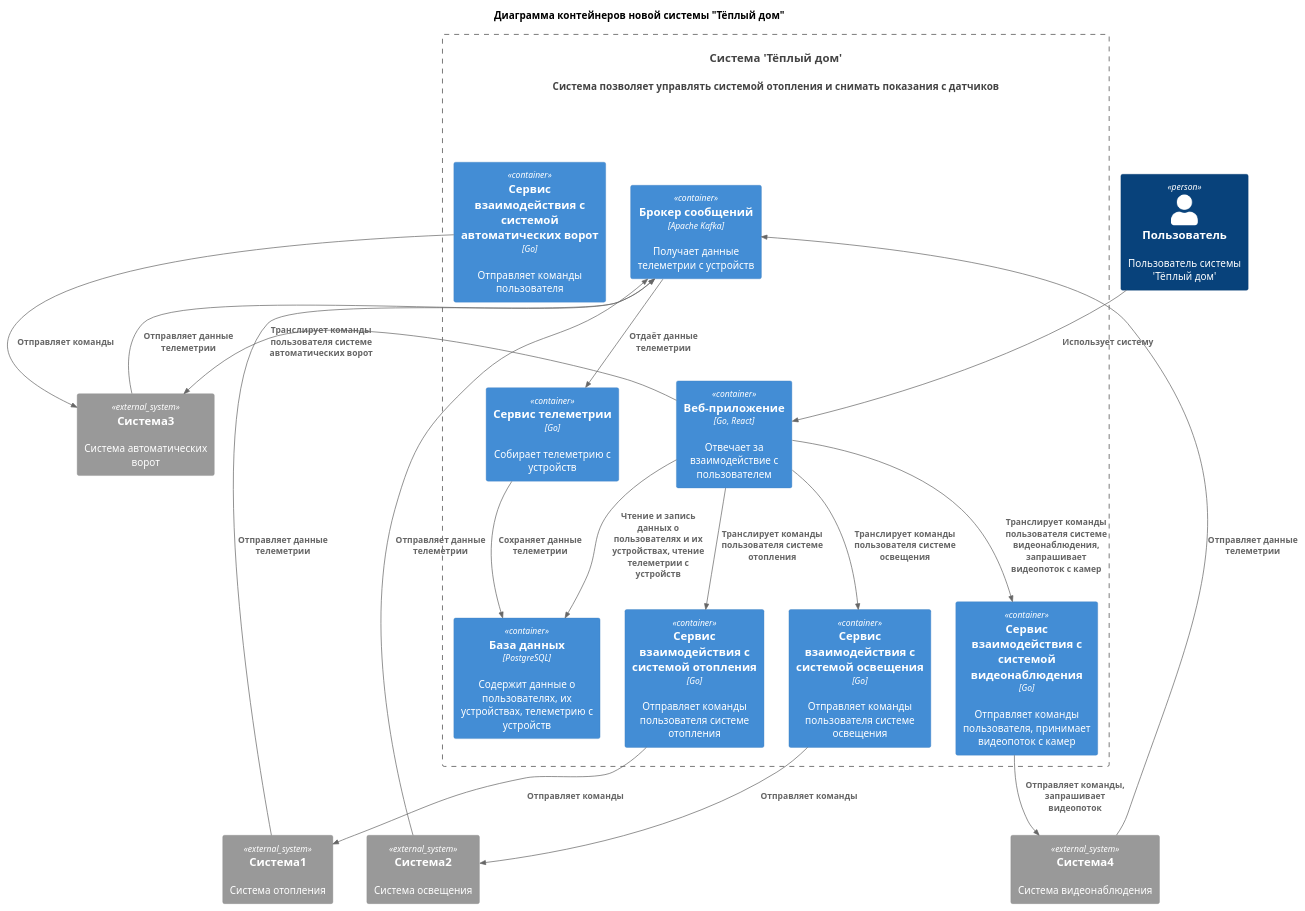
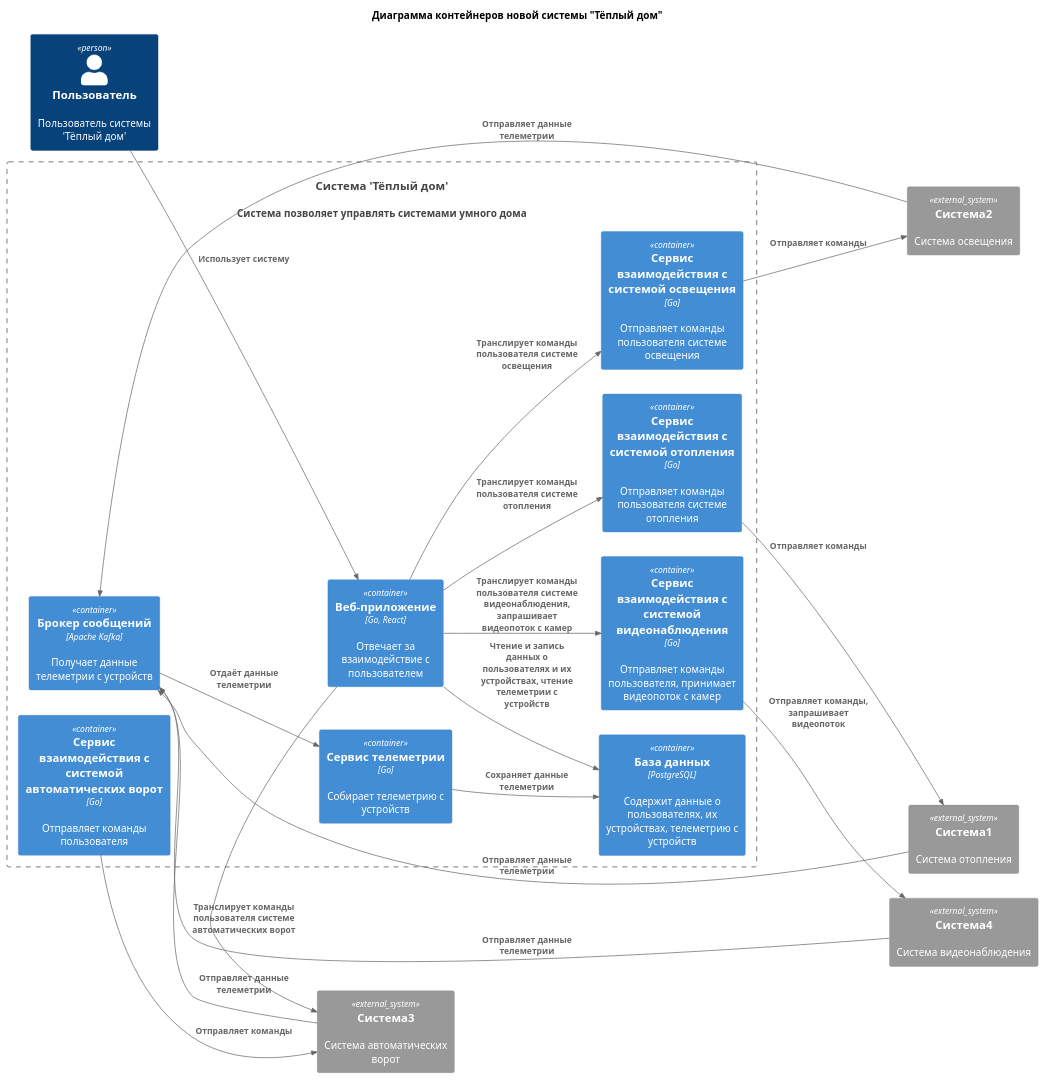
One commit to hammer-for-you/architecture-warmhouse changed the diagram in с4/new-system-containers.puml. Above: the diagram before and after it, drawn with PlantUML.

Commit message:
Задание 2. Диаграмма контейнеров. Небольшие правки.

```diff
--- a/с4/new-system-containers.puml
+++ b/с4/new-system-containers.puml
@@ -1,45 +1,45 @@
 @startuml
 
 title Диаграмма контейнеров новой системы "Тёплый дом"
 
-' top to bottom direction
+left to right direction
 
 !includeurl https://raw.githubusercontent.com/RicardoNiepel/C4-PlantUML/master/C4_Component.puml
 
 Person(user, "Пользователь", "Пользователь системы 'Тёплый дом'")
-System(warmhouseSystem, "Система 'Тёплый дом'", "Система позволяет управлять системой отопления и снимать показания с датчиков")
+System(warmhouseSystem, "Система 'Тёплый дом'", "Система позволяет управлять системами умного дома")
 
 Container_Boundary(warmhouseSystem, "Система 'Тёплый дом'") {
     Container(webapp, "Веб-приложение", "Go, React", "Отвечает за взаимодействие с пользователем")
     Container(telemetryService, "Сервис телеметрии", "Go", "Собирает телеметрию с устройств")
     Container(heatingSystemService, "Сервис взаимодействия с системой отопления", "Go", "Отправляет команды пользователя системе отопления")
     Container(lightSystemService, "Сервис взаимодействия с системой освещения", "Go", "Отправляет команды пользователя системе освещения")
     Container(gateSystemService, "Сервис взаимодействия с системой автоматических ворот", "Go", "Отправляет команды пользователя")
     Container(videoSystemService, "Сервис взаимодействия с системой видеонаблюдения", "Go", "Отправляет команды пользователя, принимает видеопоток с камер")
     Container(messageBroker, "Брокер сообщений", "Apache Kafka", "Получает данные телеметрии с устройств")
     Container(db, "База данных", "PostgreSQL", "Содержит данные о пользователях, их устройствах, телеметрию с устройств")
 }
 
 System_Ext(heatingSystem, "Система1", "Система отопления")
 System_Ext(lightSystem, "Система2", "Система освещения")
 System_Ext(gateSystem, "Система3", "Система автоматических ворот")
 System_Ext(videoSystem, "Система4", "Система видеонаблюдения")
 
 Rel(user, webapp, "Использует систему")
 Rel(webapp, db, "Чтение и запись данных о пользователях и их устройствах, чтение телеметрии с устройств")
 Rel(telemetryService, db, "Сохраняет данные телеметрии")
 Rel(messageBroker, telemetryService, "Отдаёт данные телеметрии")
 Rel(heatingSystem, messageBroker, "Отправляет данные телеметрии")
 Rel(lightSystem, messageBroker, "Отправляет данные телеметрии")
 Rel(gateSystem, messageBroker, "Отправляет данные телеметрии")
 Rel(videoSystem, messageBroker, "Отправляет данные телеметрии")
 Rel(heatingSystemService, heatingSystem, "Отправляет команды")
 Rel(lightSystemService, lightSystem, "Отправляет команды")
 Rel(gateSystemService, gateSystem, "Отправляет команды")
 Rel(videoSystemService, videoSystem, "Отправляет команды, запрашивает видеопоток")
 Rel(webapp, heatingSystemService, "Транслирует команды пользователя системе отопления")
 Rel(webapp, lightSystemService, "Транслирует команды пользователя системе освещения")
 Rel(webapp, gateSystem, "Транслирует команды пользователя системе автоматических ворот")
 Rel(webapp, videoSystemService, "Транслирует команды пользователя системе видеонаблюдения, запрашивает видеопоток с камер")
 
 @enduml
```
